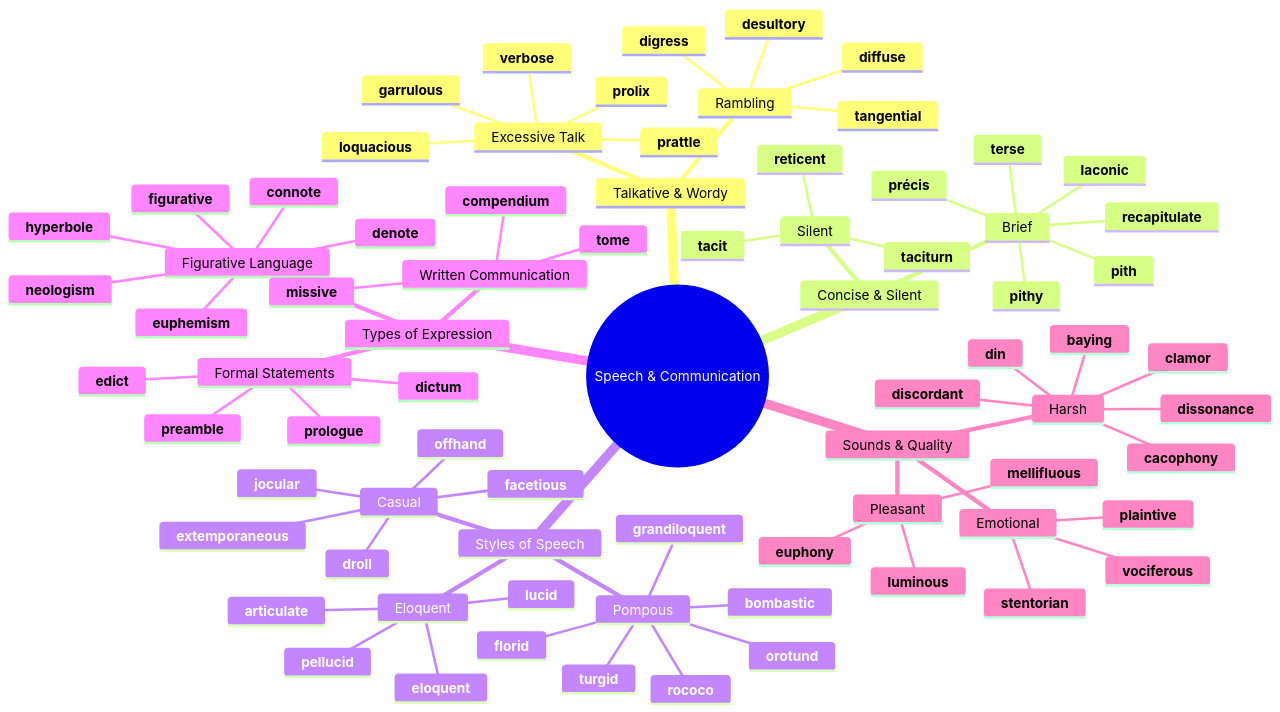
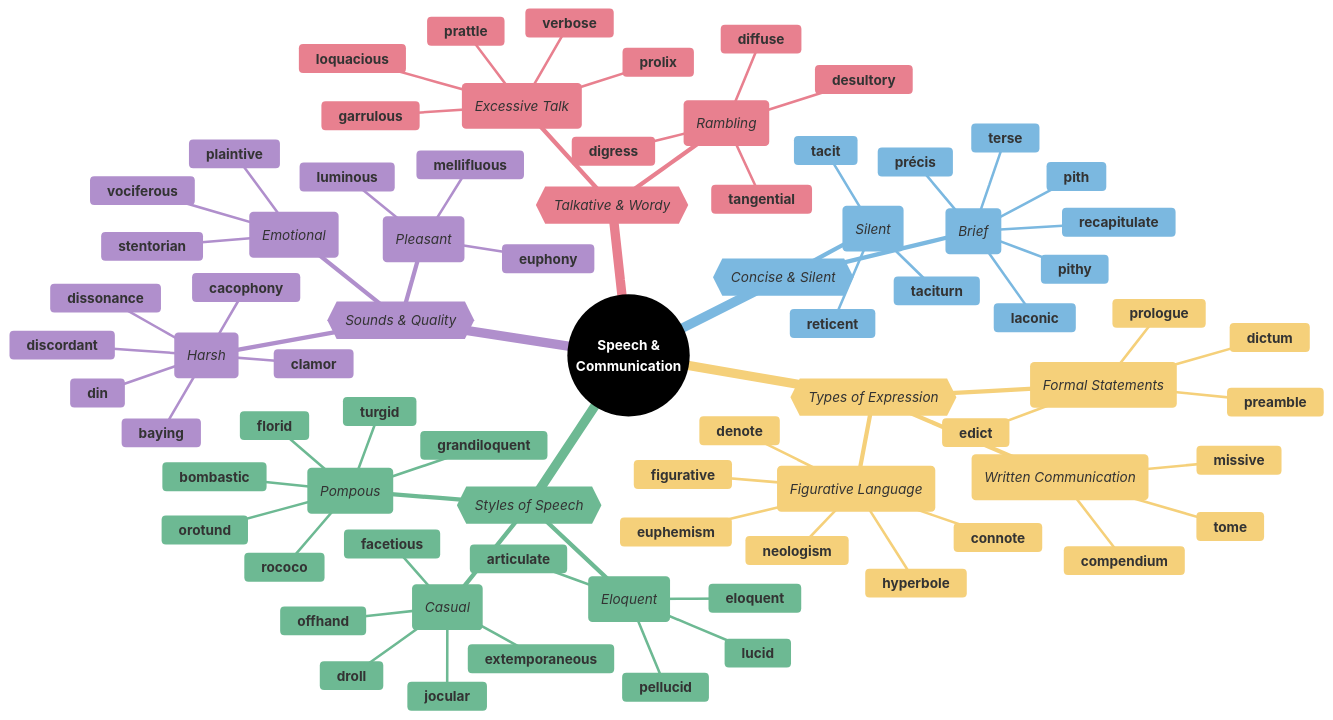
One commit to 95anantsingh/gre-preparation changed the first of 7 diagrams in mindmaps/10-speech-and-communication.md. Above: the diagram before and after it, drawn with Mermaid. The commit also changed other lines of this file and 14 other files, not shown here.

````diff
--- a/mindmaps/10-speech-and-communication.md
+++ b/mindmaps/10-speech-and-communication.md
@@ -5,79 +5,98 @@
 ```mermaid
+%%{
+  init: {
+    "theme": "base",
+    "themeVariables": {
+      "primaryColor": "#000000",
+      "cScale1": "#e8808f",  "cScaleInv1": "#a33445",
+      "cScale2": "#7bb8e0",  "cScaleInv2": "#266a93",
+      "cScale3": "#6db993",  "cScaleInv3": "#23543f",
+      "cScale4": "#f5d07a",  "cScaleInv4": "#c4903b",
+      "cScale5": "#b08fcc",  "cScaleInv5": "#5d3b75",
+      "cScale6": "#f09570",  "cScaleInv6": "#b84112",
+      "cScale7": "#74dace",  "cScaleInv7": "#217d72",
+      "cScale8": "#8ea8c2",  "cScaleInv8": "#32465e",
+      "cScale9": "#cc7fba",  "cScaleInv9": "#7d2868",
+      "cScale10": "#c99a78", "cScaleInv10": "#7c4e32",
+      "cScale11": "#a3a3a3", "cScaleInv11": "#3d3d3d"
+    }
+  }
+}%%
 mindmap
-  root((Speech & Communication))
-    Talkative & Wordy
-      Excessive Talk
+  root((<font color=white>**Speech & </br>Communication**</font>))
+    {{_Talkative & Wordy_}}
+      (_Excessive Talk_)
         **garrulous**
         **loquacious**
         **verbose**
         **prolix**
         **prattle**
-      Rambling
+      (_Rambling_)
         **digress**
         **tangential**
         **desultory**
         **diffuse**
-    Concise & Silent
-      Brief
+    {{_Concise & Silent_}}
+      (_Brief_)
         **laconic**
         **terse**
         **pithy**
         **pith**
         **précis**
         **recapitulate**
-      Silent
+      (_Silent_)
         **taciturn**
         **reticent**
         **tacit**
-    Styles of Speech
-      Eloquent
+    {{_Styles of Speech_}}
+      (_Eloquent_)
         **eloquent**
         **articulate**
         **lucid**
         **pellucid**
-      Pompous
+      (_Pompous_)
         **bombastic**
         **grandiloquent**
         **orotund**
         **turgid**
         **florid**
         **rococo**
-      Casual
+      (_Casual_)
         **offhand**
         **extemporaneous**
         **facetious**
         **jocular**
         **droll**
-    Types of Expression
-      Formal Statements
+    {{_Types of Expression_}}
+      (_Formal Statements_)
         **dictum**
         **edict**
         **prologue**
         **preamble**
-      Figurative Language
+      (_Figurative Language_)
         **figurative**
         **euphemism**
         **hyperbole**
         **neologism**
         **connote**
         **denote**
-      Written Communication
+      (_Written Communication_)
         **missive**
         **tome**
         **compendium**
-    Sounds & Quality
-      Pleasant
+    {{_Sounds & Quality_}}
+      (_Pleasant_)
         **euphony**
         **mellifluous**
         **luminous**
-      Harsh
+      (_Harsh_)
         **cacophony**
         **dissonance**
         **discordant**
         **din**
         **clamor**
         **baying**
-      Emotional
+      (_Emotional_)
         **vociferous**
         **stentorian**
         **plaintive**
````
